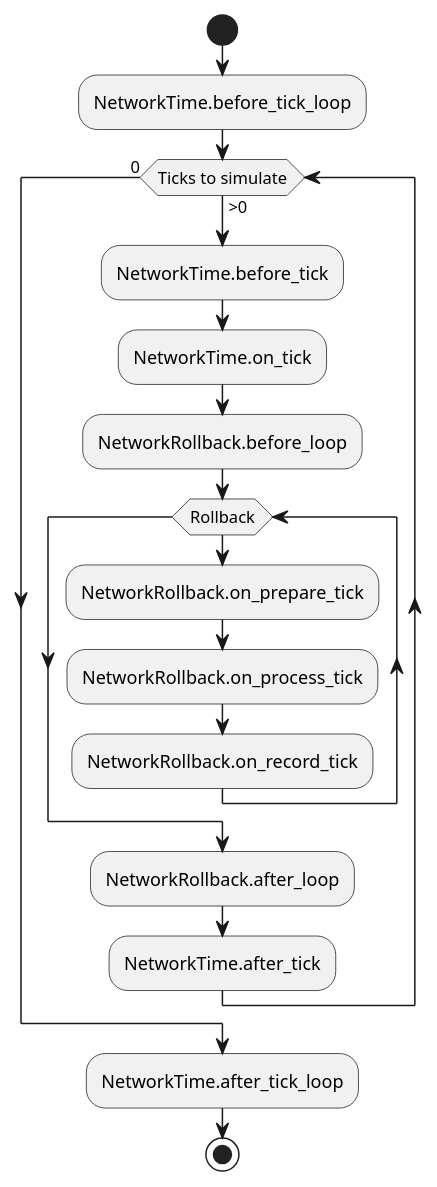
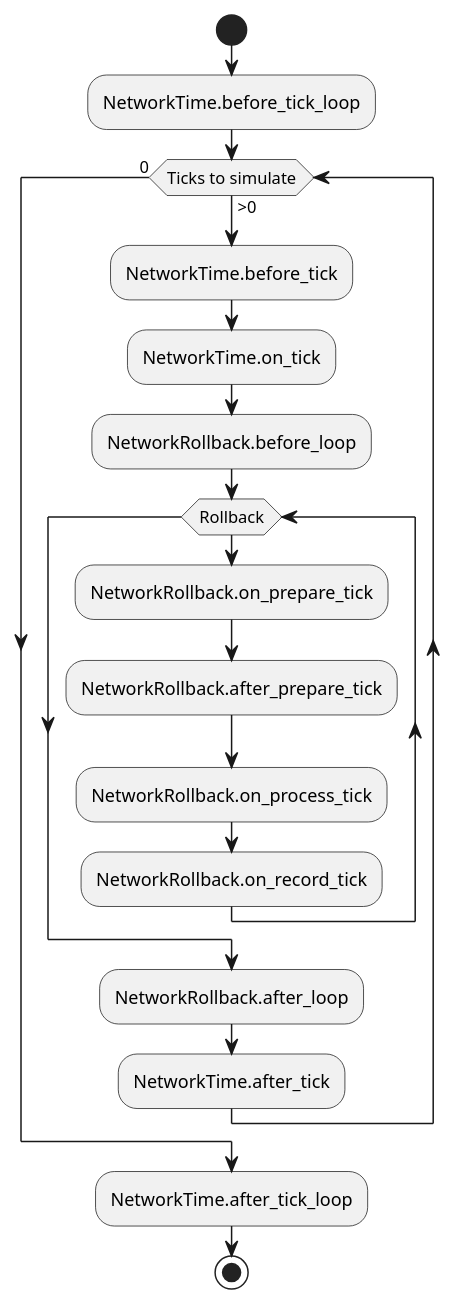
The second of 2 diagrams in docs/netfox/guides/network-rollback.md (foxssake/netfox), drawn with PlantUML before and after one commit. The commit also changed other lines of this file and 4 other files, not shown here.

````diff
--- a/docs/netfox/guides/network-rollback.md
+++ b/docs/netfox/guides/network-rollback.md
@@ -71,26 +75,27 @@
 ```puml
 @startuml
 
 start
 
 :NetworkTime.before_tick_loop;
 
 while (Ticks to simulate)  is (>0)
   :NetworkTime.before_tick;
   :NetworkTime.on_tick;
   :NetworkRollback.before_loop;
   while(Rollback)
     :NetworkRollback.on_prepare_tick;
+    :NetworkRollback.after_prepare_tick;
     :NetworkRollback.on_process_tick;
     :NetworkRollback.on_record_tick;
   endwhile
   :NetworkRollback.after_loop;
   :NetworkTime.after_tick;
 endwhile (0)
 
 :NetworkTime.after_tick_loop;
 
 stop
 
 @enduml
 ```
````
